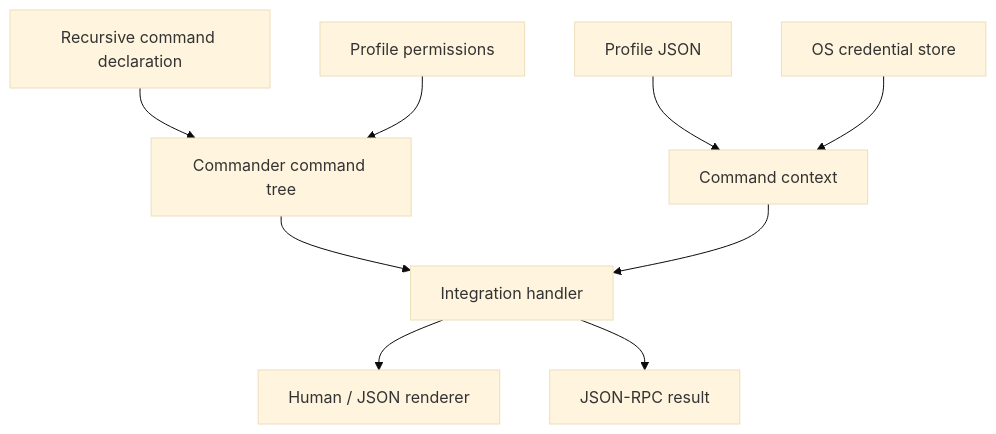
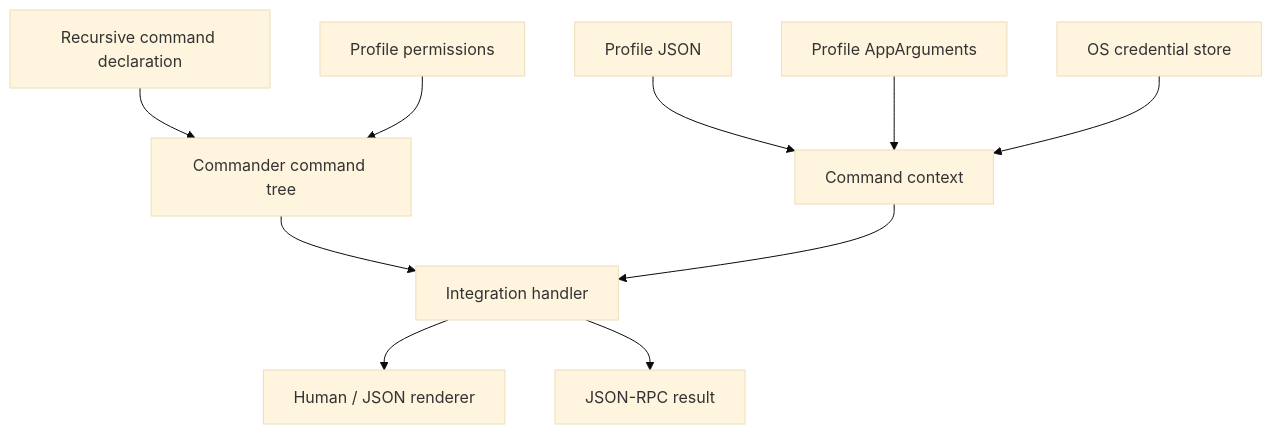
The diagram in docs/DESIGN.md (iXab3r/EyeAuras.CliFactory), drawn with Mermaid (base theme) before and after one commit. The commit also changed other lines of this file and 23 other files, not shown here.

````diff
--- a/docs/DESIGN.md
+++ b/docs/DESIGN.md
@@ -101,11 +113,12 @@
 ```mermaid
 flowchart TB
     declaration["Recursive command declaration"] --> commander["Commander command tree"]
     commander --> handler["Integration handler"]
     profiles["Profile JSON"] --> context["Command context"]
+    appdata["Profile AppArguments"] --> context
     policy["Profile permissions"] --> commander
     keyring["OS credential store"] --> context
     context --> handler
     handler --> renderer["Human / JSON renderer"]
     handler --> rpc["JSON-RPC result"]
 ```
````
